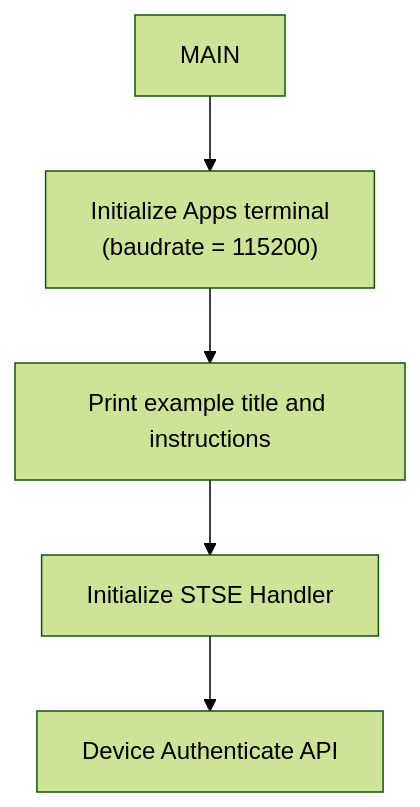
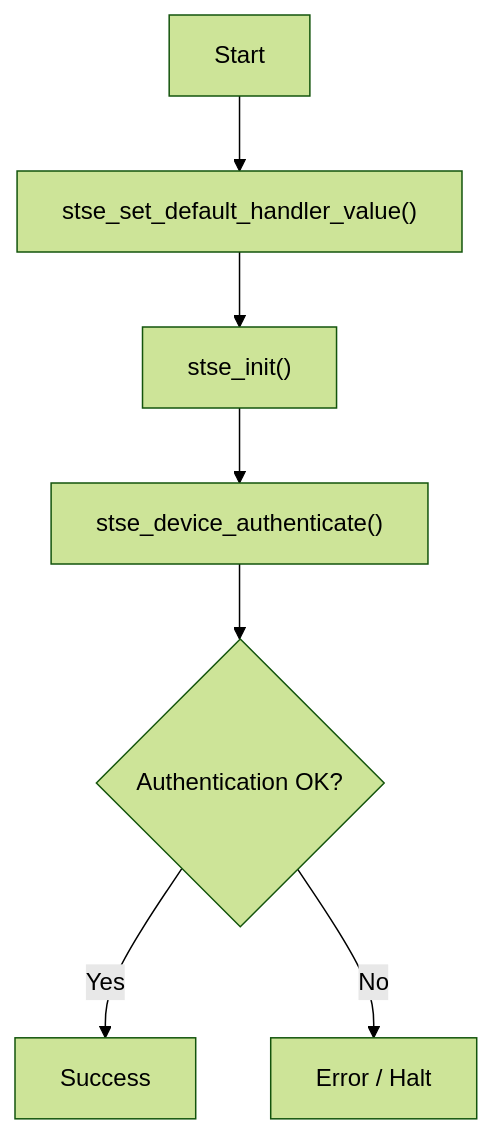
One commit to STMicroelectronics/stse-linux changed the second of 2 diagrams in examples/stsafe-l010/01_Device_authentication/README.md. Above: the diagram before and after it, drawn with Mermaid (forest theme). The commit also changed other lines of this file and 68 other files, not shown here.

````diff
--- a/examples/stsafe-l010/01_Device_authentication/README.md
+++ b/examples/stsafe-l010/01_Device_authentication/README.md
@@ -25,7 +24,9 @@
 ```mermaid
 flowchart TD
-    A["MAIN"] --> B["Initialize Apps terminal \n(baudrate = 115200)"]
-    B --> C["Print example title and instructions"]
-    C --> D["Initialize STSE Handler"]
-    D --> E["Device Authenticate API"]
+    A["Start"] --> B["stse_set_default_handler_value()"]
+    B --> C["stse_init()"]
+    C --> D["stse_device_authenticate()"]
+    D --> E{"Authentication OK?"}
+    E -- Yes --> F["Success"]
+    E -- No --> G["Error / Halt"]
 ```
````
